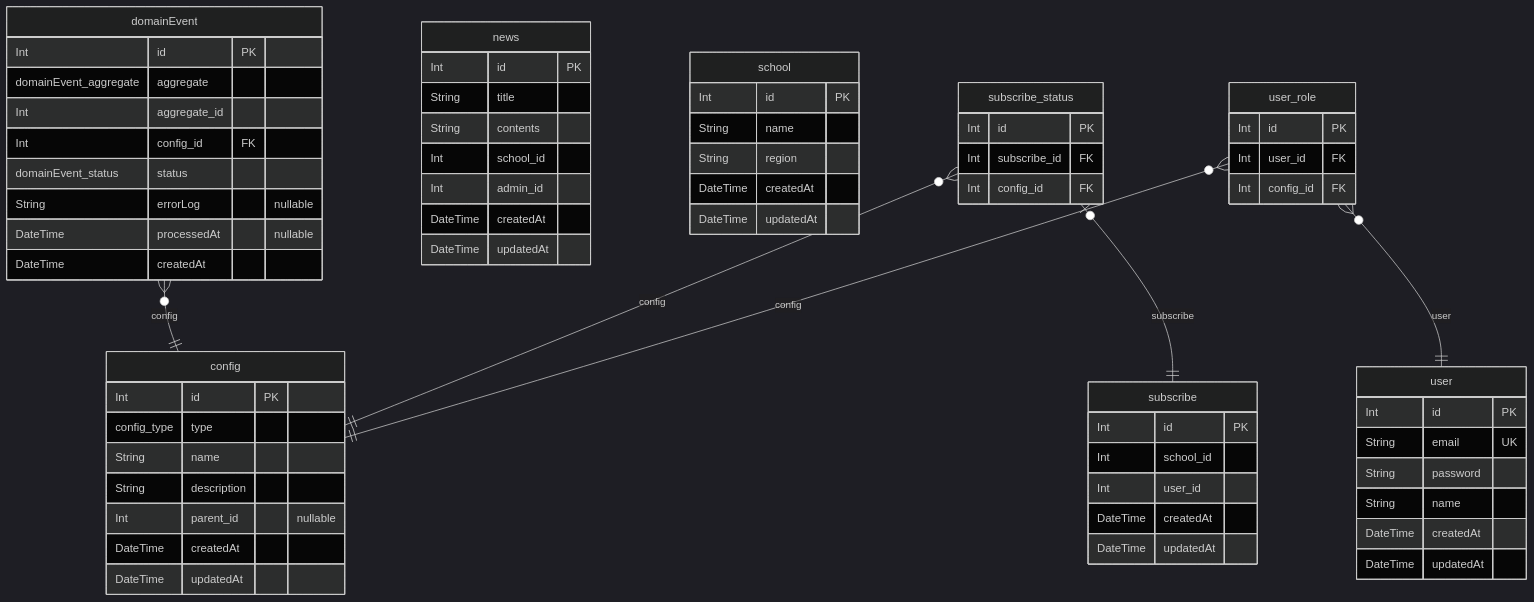
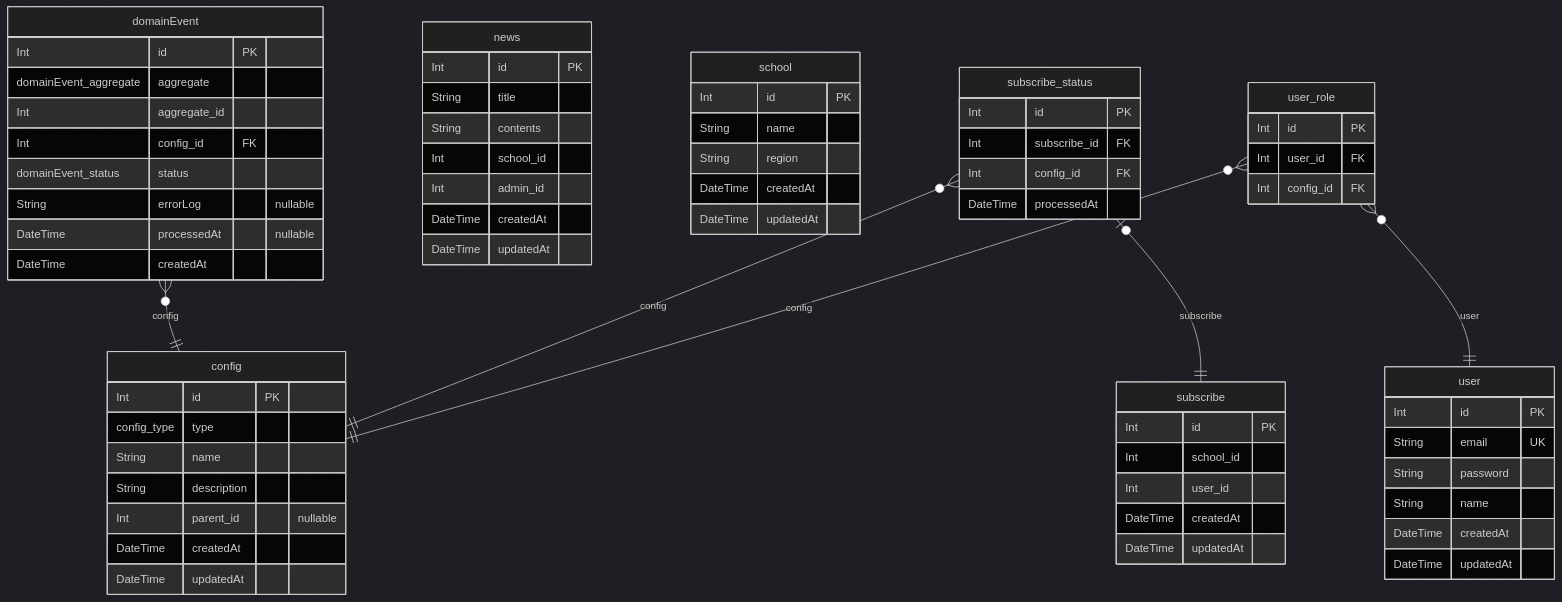
One commit to 2langk/classting changed the diagram in README.md. Above: the diagram before and after it, drawn with Mermaid (dark theme). The commit also changed 7 other files, not shown here.

````diff
--- a/README.md
+++ b/README.md
@@ -18,68 +18,69 @@
 ```mermaid
 erDiagram
 "config" {
   Int id PK
   config_type type
   String name
   String description
   Int parent_id "nullable"
   DateTime createdAt
   DateTime updatedAt
 }
 "domainEvent" {
   Int id PK
   domainEvent_aggregate aggregate
   Int aggregate_id
   Int config_id FK
   domainEvent_status status
   String errorLog "nullable"
   DateTime processedAt "nullable"
   DateTime createdAt
 }
 "news" {
   Int id PK
   String title
   String contents
   Int school_id
   Int admin_id
   DateTime createdAt
   DateTime updatedAt
 }
 "school" {
   Int id PK
   String name
   String region
   DateTime createdAt
   DateTime updatedAt
 }
 "subscribe" {
   Int id PK
   Int school_id
   Int user_id
   DateTime createdAt
   DateTime updatedAt
 }
 "subscribe_status" {
   Int id PK
   Int subscribe_id FK
   Int config_id FK
+  DateTime processedAt
 }
 "user" {
   Int id PK
   String email UK
   String password
   String name
   DateTime createdAt
   DateTime updatedAt
 }
 "user_role" {
   Int id PK
   Int user_id FK
   Int config_id FK
 }
 "domainEvent" }o--|| "config" : config
 "subscribe_status" }o--|| "config" : config
 "subscribe_status" |o--|| "subscribe" : subscribe
 "user_role" }o--|| "config" : config
 "user_role" }o--|| "user" : user
 ```
````
